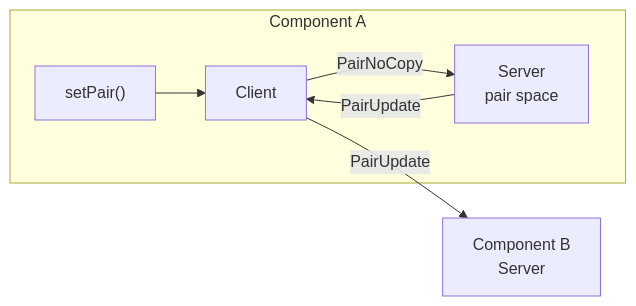
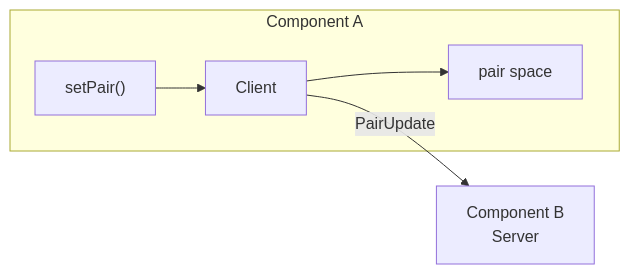
One commit to ksatyaki/srnp changed the second of 2 diagrams in docs/dev/architecture.md. Above: the diagram before and after it, drawn with Mermaid. The commit also changed other lines of this file and 27 other files, not shown here.

````diff
--- a/docs/dev/architecture.md
+++ b/docs/dev/architecture.md
@@ -62,9 +62,8 @@
 ```mermaid
 graph LR
     subgraph "Component A"
         AK["setPair()"] --> AC[Client]
-        AC -->|"PairNoCopy"| AS["Server<br/>pair space"]
-        AS -->|"PairUpdate"| AC
+        AC --> AS["pair space"]
     end
     AC -->|"PairUpdate"| BS["Component B<br/>Server"]
 ```
````
